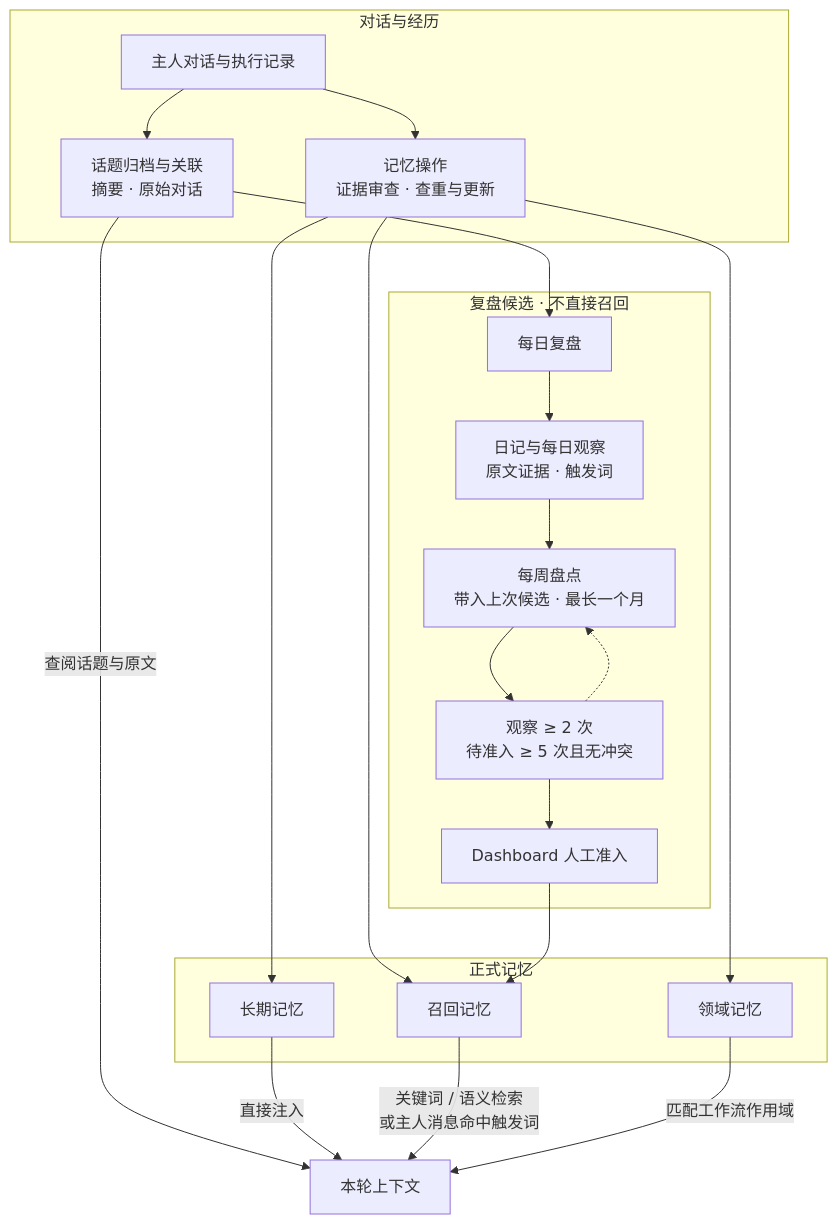
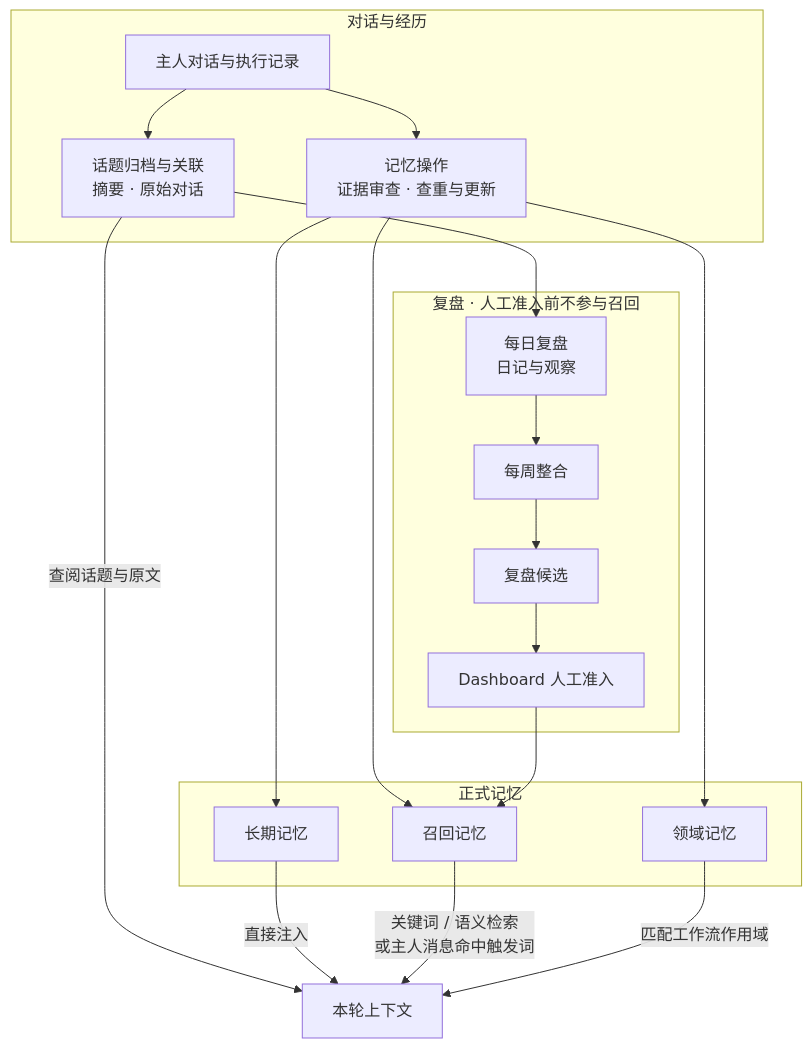
One commit to RicterZ/Momoi changed the second of 2 diagrams in README.zh-CN.md. Above: the diagram before and after it, drawn with Mermaid. The commit also changed 1 other file, not shown here.

Commit message:
docs: simplify reflection memory architecture diagrams

````diff
--- a/README.zh-CN.md
+++ b/README.zh-CN.md
@@ -140,31 +140,29 @@
 ```mermaid
 flowchart TB
   subgraph history["对话与经历"]
     dialogue["主人对话与执行记录"] --> topics["话题归档与关联<br/>摘要 · 原始对话"]
     dialogue --> writing["记忆操作<br/>证据审查 · 查重与更新"]
   end
 
-  subgraph reflection["复盘候选 · 不直接召回"]
-    daily["每日复盘"] --> observations["日记与每日观察<br/>原文证据 · 触发词"]
-    observations --> weekly["每周盘点<br/>带入上次候选 · 最长一个月"]
-    weekly --> candidates["观察 ≥ 2 次<br/>待准入 ≥ 5 次且无冲突"]
-    candidates -.-> weekly
+  subgraph reflection["复盘 · 人工准入前不参与召回"]
+    daily["每日复盘<br/>日记与观察"] --> weekly["每周整合"]
+    weekly --> candidates["复盘候选"]
     candidates --> admission["Dashboard 人工准入"]
   end
 
   subgraph memory["正式记忆"]
     core["长期记忆"]
     recall["召回记忆"]
     scoped["领域记忆"]
   end
 
   topics --> daily
   writing --> core
   writing --> recall
   writing --> scoped
   admission --> recall
   topics -->|"查阅话题与原文"| context["本轮上下文"]
   core -->|"直接注入"| context
   recall -->|"关键词 / 语义检索<br/>或主人消息命中触发词"| context
   scoped -->|"匹配工作流作用域"| context
 ```
````
